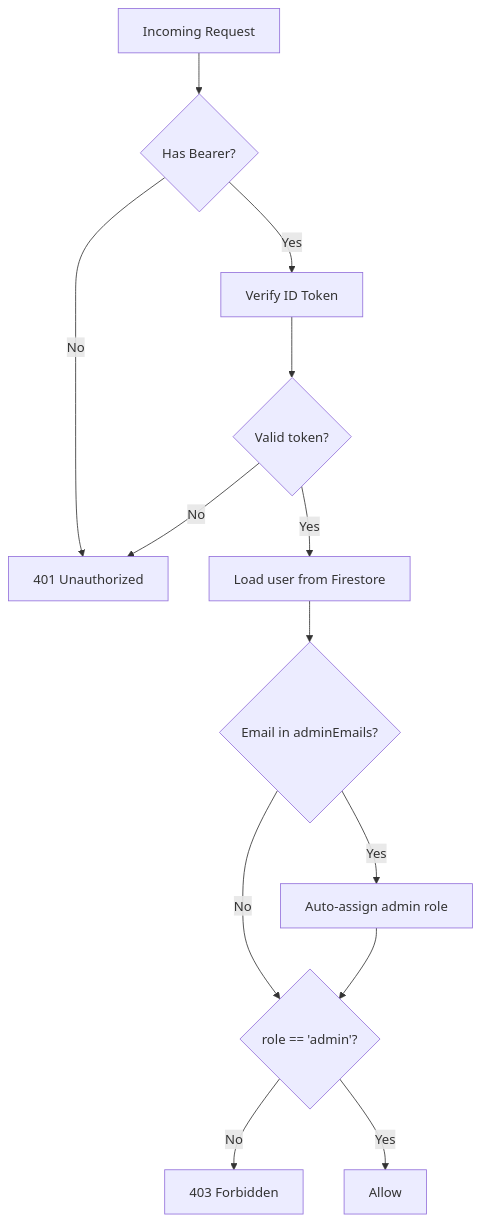
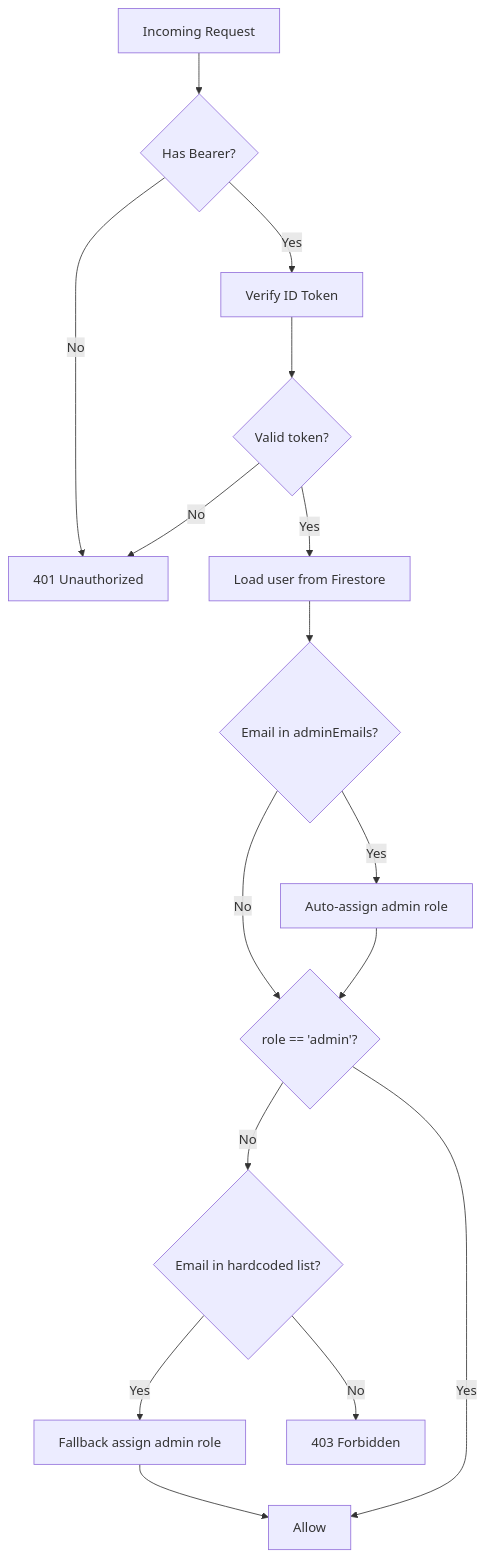
One commit to alikizang/datafrica changed the ninth of 10 diagrams in .qoder/repowiki/en/content/Admin Panel/Admin Panel.md. Above: the diagram before and after it, drawn with Mermaid. The commit also changed other lines of this file and 21 other files, not shown here.

````diff
--- a/.qoder/repowiki/en/content/Admin Panel/Admin Panel.md
+++ b/.qoder/repowiki/en/content/Admin Panel/Admin Panel.md
@@ -332,15 +493,18 @@
 ```mermaid
 flowchart TD
 Req["Incoming Request"] --> HasHeader{"Has Bearer?"}
 HasHeader --> |No| Unauthorized["401 Unauthorized"]
 HasHeader --> |Yes| Verify["Verify ID Token"]
 Verify --> Valid{"Valid token?"}
 Valid --> |No| Unauthorized
 Valid --> |Yes| LoadUser["Load user from Firestore"]
 LoadUser --> CheckAdminEmails{"Email in adminEmails?"}
 CheckAdminEmails --> |Yes| AutoAssign["Auto-assign admin role"]
 CheckAdminEmails --> |No| Role{"role == 'admin'?"}
 AutoAssign --> Role
-Role --> |No| Forbidden["403 Forbidden"]
+Role --> |No| CheckHardcoded{"Email in hardcoded list?"}
+CheckHardcoded --> |Yes| FallbackAssign["Fallback assign admin role"]
+CheckHardcoded --> |No| Forbidden["403 Forbidden"]
+FallbackAssign --> OK["Allow"]
 Role --> |Yes| OK["Allow"]
 ```
````
